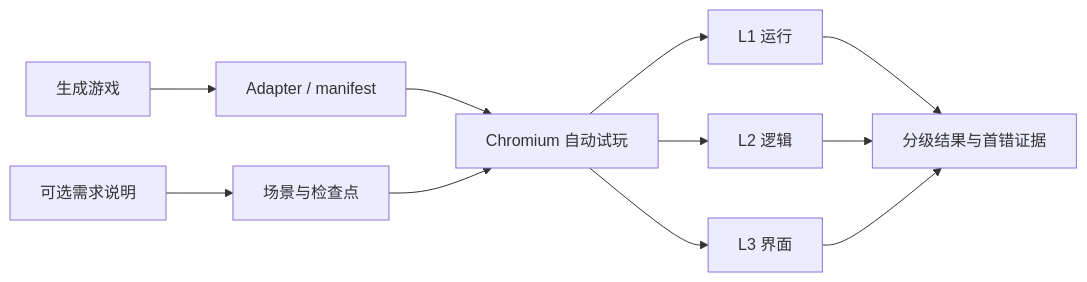
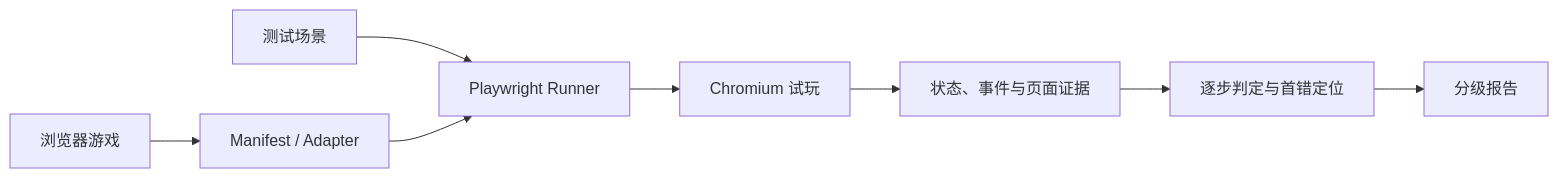
Before and after one commit to yu-xin-c/hy3-game-test-lab: the diagram in docs/proposal.md, drawn with Mermaid. The commit also changed other lines of this file and 6 other files, not shown here.

````diff
--- a/docs/proposal.md
+++ b/docs/proposal.md
@@ -19,9 +31,10 @@
 ```mermaid
 flowchart LR
-  G["生成游戏"] --> A["Adapter / manifest"]
-  S["可选需求说明"] --> P["场景与检查点"]
-  A --> B["Chromium 自动试玩"]
-  P --> B
-  B --> L1["L1 运行"] & L2["L2 逻辑"] & L3["L3 界面"]
-  L1 & L2 & L3 --> R["分级结果与首错证据"]
+  G["浏览器游戏"] --> A["Manifest / Adapter"]
+  S["测试场景"] --> B["Playwright Runner"]
+  A --> B
+  B --> C["Chromium 试玩"]
+  C --> E["状态、事件与页面证据"]
+  E --> J["逐步判定与首错定位"]
+  J --> R["分级报告"]
 ```
````
